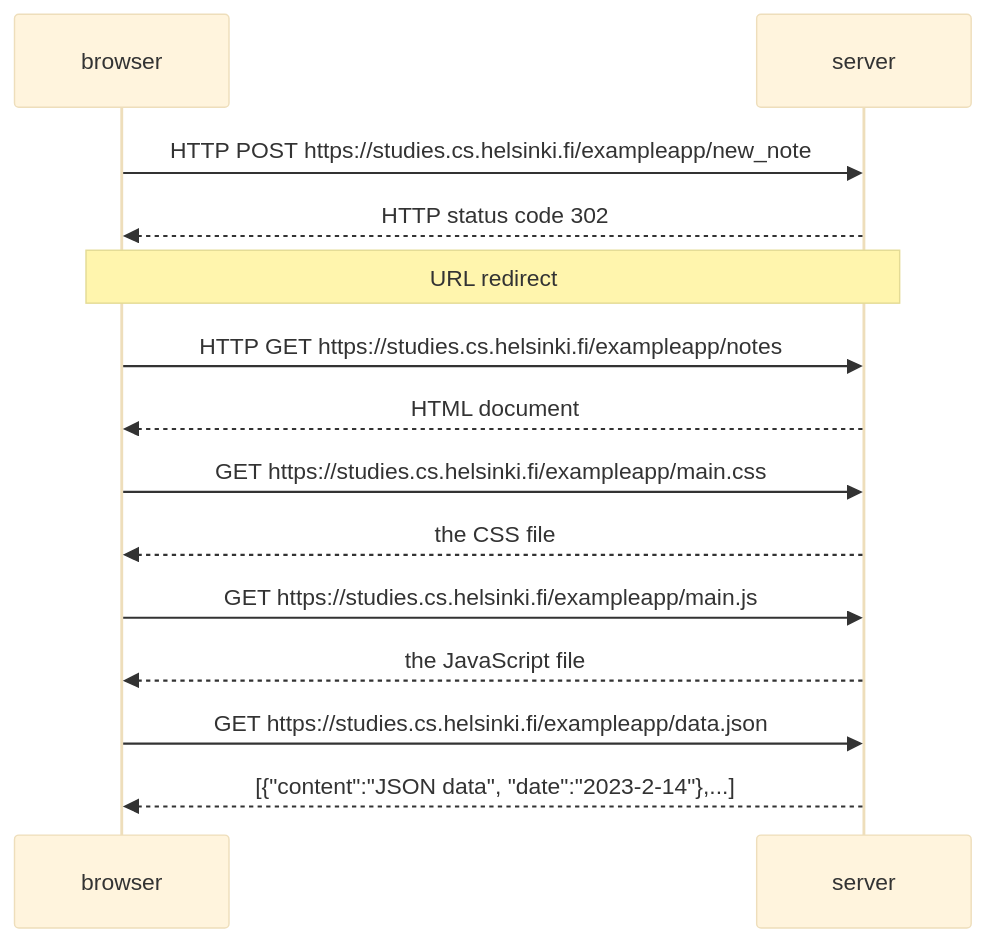
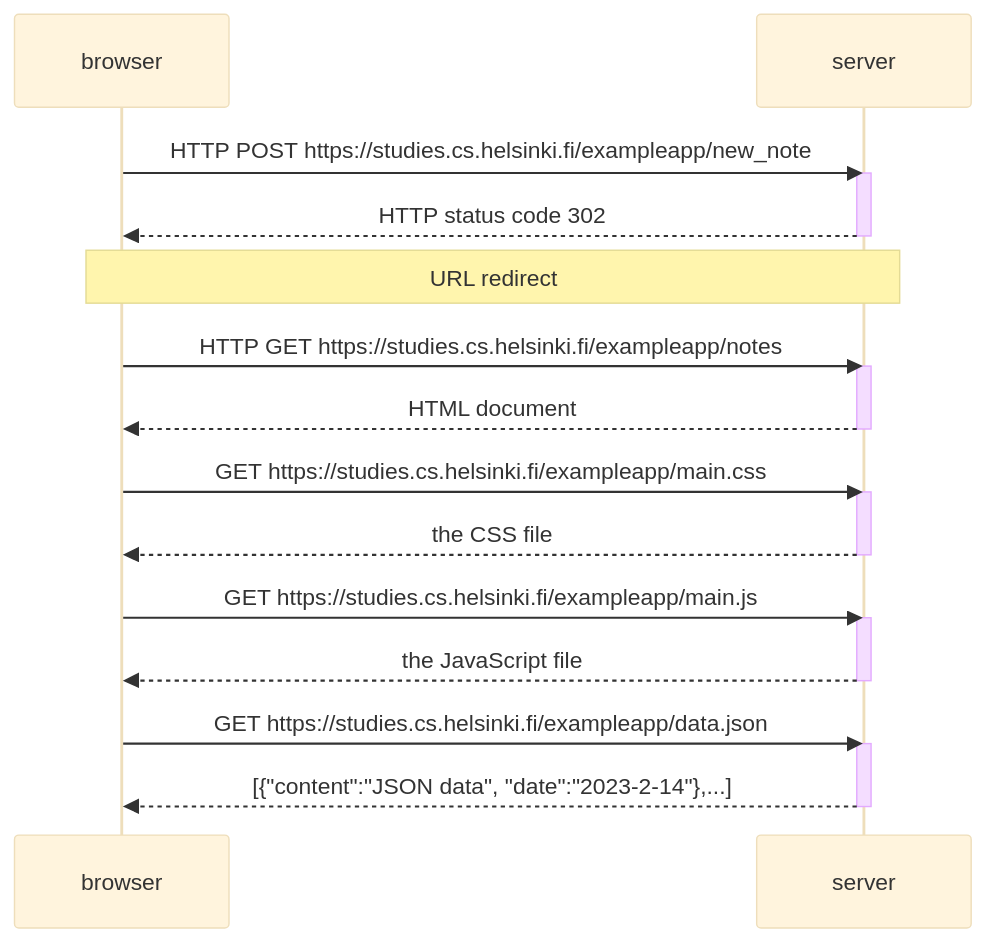
One commit to Kure-ru/FullStackOpen changed the diagram in 00 - Fundamentals of Web apps/README.md. Above: the diagram before and after it, drawn with Mermaid (base theme). The commit also changed other lines of this file, not shown here.

````diff
--- a/00 - Fundamentals of Web apps/README.md
+++ b/00 - Fundamentals of Web apps/README.md
@@ -14,16 +14,27 @@
 ```mermaid
 sequenceDiagram
     participant browser
     participant server
     browser->>server: HTTP POST https://studies.cs.helsinki.fi/exampleapp/new_note
+    activate server
     server-->>browser: HTTP status code 302
+    deactivate server
     Note over browser, server: URL redirect 
+    
     browser->>server: HTTP GET https://studies.cs.helsinki.fi/exampleapp/notes
+    activate server
     server-->>browser: HTML document
+    deactivate server
     browser->>server: GET https://studies.cs.helsinki.fi/exampleapp/main.css
+    activate server
     server-->>browser: the CSS file
+    deactivate server
     browser->>server: GET https://studies.cs.helsinki.fi/exampleapp/main.js
+    activate server
     server-->>browser: the JavaScript file
+    deactivate server
     browser->>server: GET https://studies.cs.helsinki.fi/exampleapp/data.json
+    activate server
     server-->>browser: [{"content":"JSON data", "date":"2023-2-14"},...]
+    deactivate server
 ```
````
